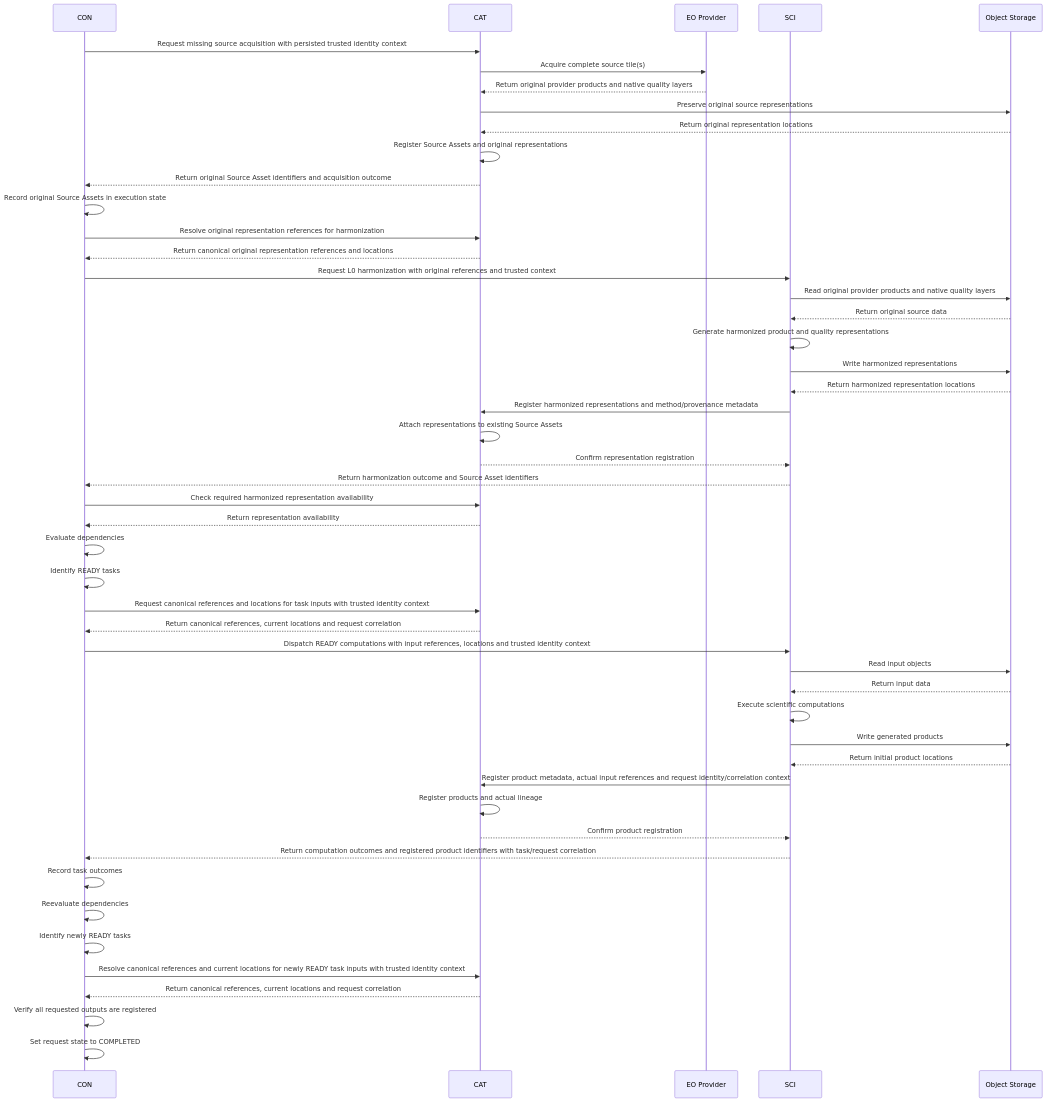
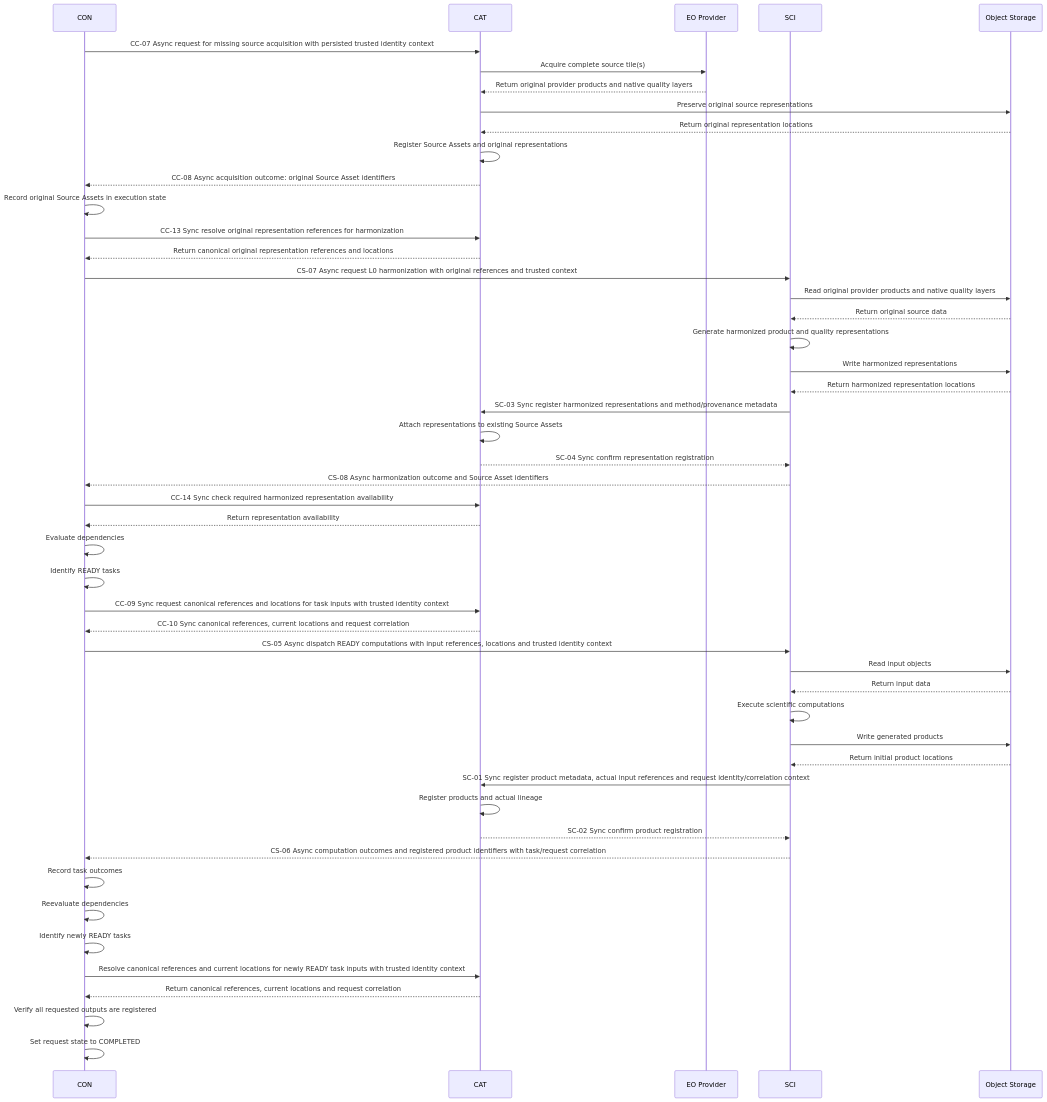
The diagram in documentation/architecture/sequence_diagrams/execute-analysis.md (arnaudsomville/MEOGAP), drawn with Mermaid before and after one commit. The commit also changed other lines of this file and 9 other files, not shown here.

````diff
--- a/documentation/architecture/sequence_diagrams/execute-analysis.md
+++ b/documentation/architecture/sequence_diagrams/execute-analysis.md
@@ -15,56 +15,56 @@
 ```mermaid
 sequenceDiagram
     participant CON
     participant CAT
     participant EO as EO Provider
     participant SCI
     participant S3 as Object Storage
 
-    CON->>CAT: Request missing source acquisition with persisted trusted identity context
+    CON->>CAT: CC-07 Async request for missing source acquisition with persisted trusted identity context
     CAT->>EO: Acquire complete source tile(s)
     EO-->>CAT: Return original provider products and native quality layers
     CAT->>S3: Preserve original source representations
     S3-->>CAT: Return original representation locations
     CAT->>CAT: Register Source Assets and original representations
-    CAT-->>CON: Return original Source Asset identifiers and acquisition outcome
+    CAT-->>CON: CC-08 Async acquisition outcome: original Source Asset identifiers
 
     CON->>CON: Record original Source Assets in execution state
-    CON->>CAT: Resolve original representation references for harmonization
+    CON->>CAT: CC-13 Sync resolve original representation references for harmonization
     CAT-->>CON: Return canonical original representation references and locations
-    CON->>SCI: Request L0 harmonization with original references and trusted context
+    CON->>SCI: CS-07 Async request L0 harmonization with original references and trusted context
     SCI->>S3: Read original provider products and native quality layers
     S3-->>SCI: Return original source data
     SCI->>SCI: Generate harmonized product and quality representations
     SCI->>S3: Write harmonized representations
     S3-->>SCI: Return harmonized representation locations
-    SCI->>CAT: Register harmonized representations and method/provenance metadata
+    SCI->>CAT: SC-03 Sync register harmonized representations and method/provenance metadata
     CAT->>CAT: Attach representations to existing Source Assets
-    CAT-->>SCI: Confirm representation registration
-    SCI-->>CON: Return harmonization outcome and Source Asset identifiers
-    CON->>CAT: Check required harmonized representation availability
+    CAT-->>SCI: SC-04 Sync confirm representation registration
+    SCI-->>CON: CS-08 Async harmonization outcome and Source Asset identifiers
+    CON->>CAT: CC-14 Sync check required harmonized representation availability
     CAT-->>CON: Return representation availability
 
     CON->>CON: Evaluate dependencies
     CON->>CON: Identify READY tasks
-    CON->>CAT: Request canonical references and locations for task inputs with trusted identity context
-    CAT-->>CON: Return canonical references, current locations and request correlation
-    CON->>SCI: Dispatch READY computations with input references, locations and trusted identity context
+    CON->>CAT: CC-09 Sync request canonical references and locations for task inputs with trusted identity context
+    CAT-->>CON: CC-10 Sync canonical references, current locations and request correlation
+    CON->>SCI: CS-05 Async dispatch READY computations with input references, locations and trusted identity context
 
     SCI->>S3: Read input objects
     S3-->>SCI: Return input data
     SCI->>SCI: Execute scientific computations
     SCI->>S3: Write generated products
     S3-->>SCI: Return initial product locations
-    SCI->>CAT: Register product metadata, actual input references and request identity/correlation context
+    SCI->>CAT: SC-01 Sync register product metadata, actual input references and request identity/correlation context
     CAT->>CAT: Register products and actual lineage
-    CAT-->>SCI: Confirm product registration
-    SCI-->>CON: Return computation outcomes and registered product identifiers with task/request correlation
+    CAT-->>SCI: SC-02 Sync confirm product registration
+    SCI-->>CON: CS-06 Async computation outcomes and registered product identifiers with task/request correlation
     CON->>CON: Record task outcomes
     CON->>CON: Reevaluate dependencies
     CON->>CON: Identify newly READY tasks
     CON->>CAT: Resolve canonical references and current locations for newly READY task inputs with trusted identity context
     CAT-->>CON: Return canonical references, current locations and request correlation
 
     CON->>CON: Verify all requested outputs are registered
     CON->>CON: Set request state to COMPLETED
 ```
````
